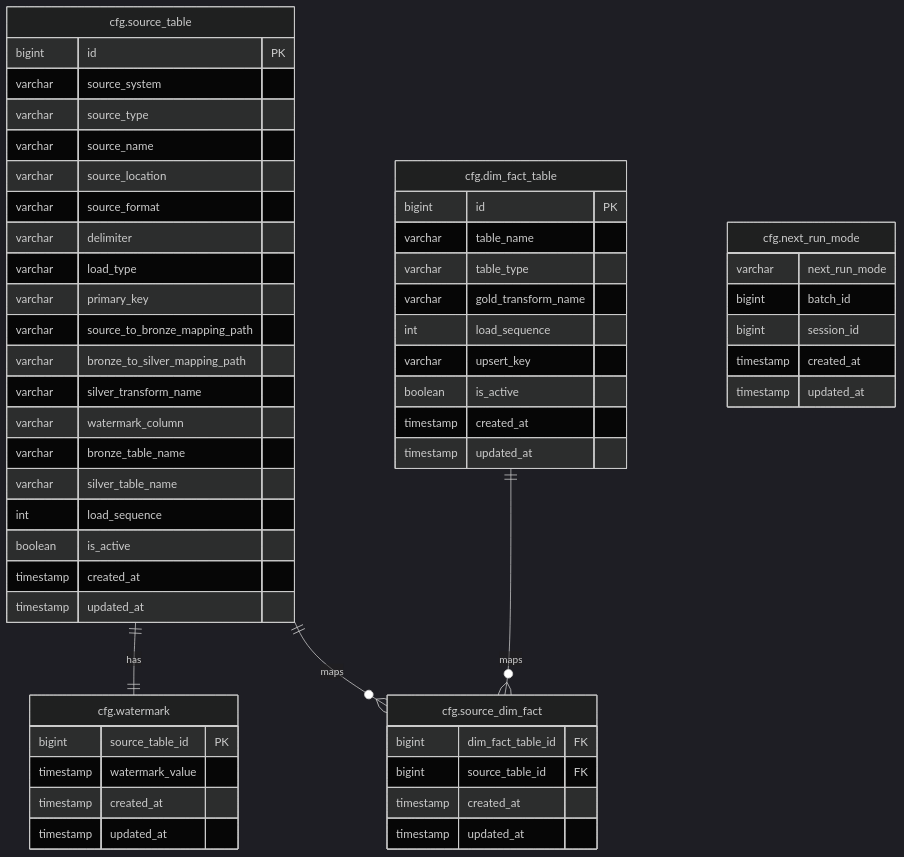
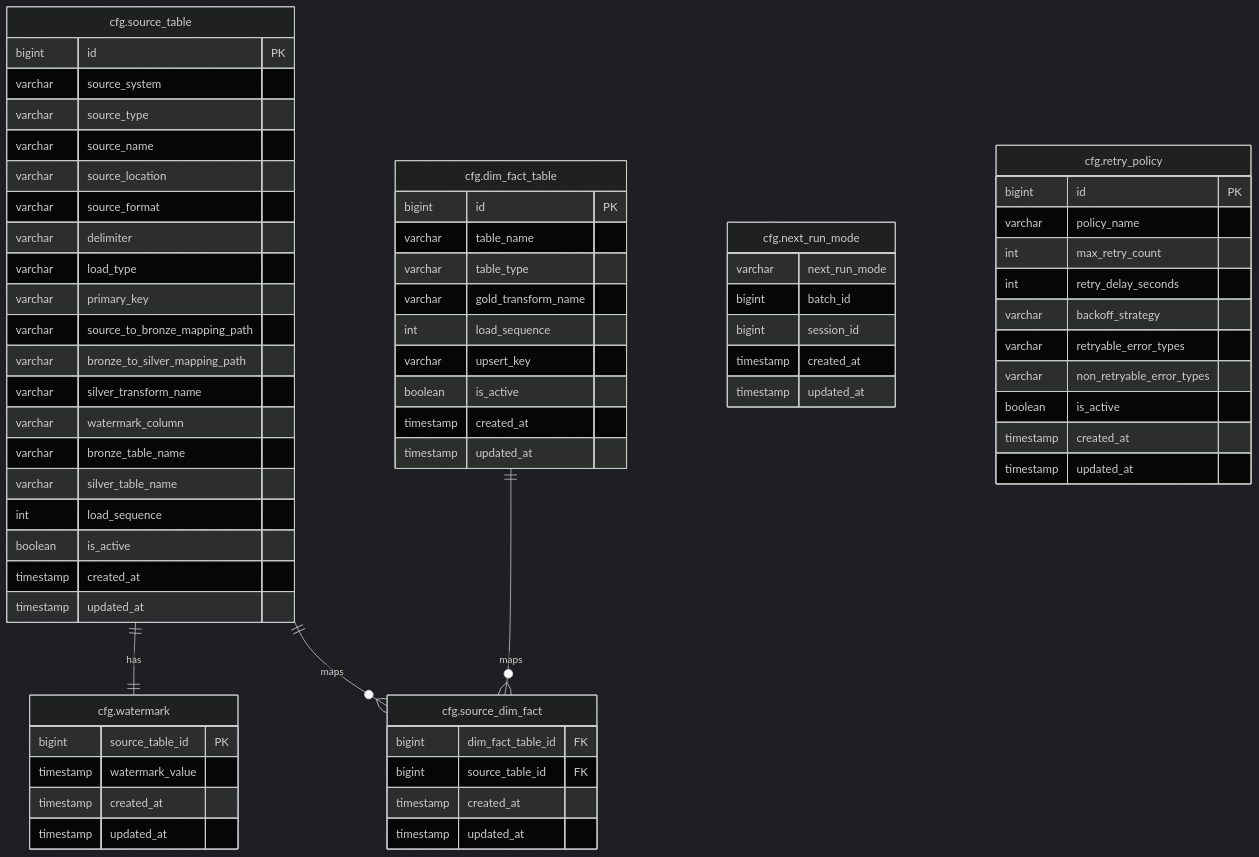
Before and after one commit to anhtnt90dev/rookies-data-dn-2026: the first of 2 diagrams in docs/architecture/team-1/data-workflow-control-strategy.md, drawn with Mermaid (dark theme). The commit also changed other lines of this file and 8 other files, not shown here.

````diff
--- a/docs/architecture/team-1/data-workflow-control-strategy.md
+++ b/docs/architecture/team-1/data-workflow-control-strategy.md
@@ -20,62 +20,75 @@
 ```mermaid
 erDiagram
     cfg.source_table ||--|| cfg.watermark : has
     cfg.source_table ||--o{ cfg.source_dim_fact : maps
     cfg.dim_fact_table ||--o{ cfg.source_dim_fact : maps
 
     cfg.source_table {
         bigint id PK
         varchar source_system
         varchar source_type
         varchar source_name
         varchar source_location
         varchar source_format
         varchar delimiter
         varchar load_type
         varchar primary_key
         varchar source_to_bronze_mapping_path
         varchar bronze_to_silver_mapping_path
         varchar silver_transform_name
         varchar watermark_column
         varchar bronze_table_name
         varchar silver_table_name
         int load_sequence
         boolean is_active
         timestamp created_at
         timestamp updated_at
     }
 
     cfg.dim_fact_table {
         bigint id PK
         varchar table_name
         varchar table_type
         varchar gold_transform_name
         int load_sequence
         varchar upsert_key
         boolean is_active
         timestamp created_at
         timestamp updated_at
     }
 
     cfg.watermark {
         bigint source_table_id PK
         timestamp watermark_value
         timestamp created_at
         timestamp updated_at
     }
 
     cfg.source_dim_fact {
         bigint dim_fact_table_id FK
         bigint source_table_id FK
         timestamp created_at
         timestamp updated_at
     }
 
     cfg.next_run_mode {
         varchar next_run_mode
         bigint batch_id
         bigint session_id
         timestamp created_at
         timestamp updated_at
     }
+
+    cfg.retry_policy {
+        bigint id PK
+        varchar policy_name
+        int max_retry_count
+        int retry_delay_seconds
+        varchar backoff_strategy
+        varchar retryable_error_types
+        varchar non_retryable_error_types
+        boolean is_active
+        timestamp created_at
+        timestamp updated_at
+    }
 ```
````
